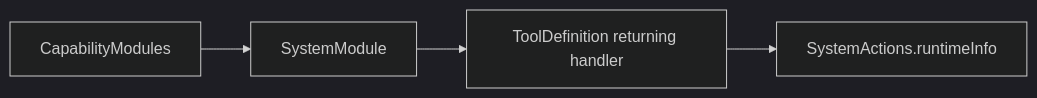
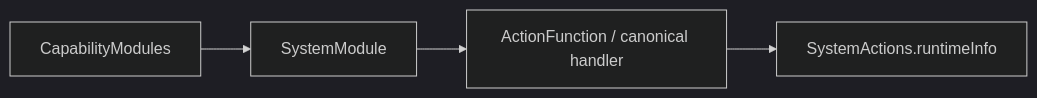
Before and after one commit to devilyouwei/MobileHarness: the diagram in MobileHarness/Actions/System/Support/README.md, drawn with Mermaid (dark theme). The commit also changed other lines of this file and 238 other files, not shown here.

````diff
--- a/MobileHarness/Actions/System/Support/README.md
+++ b/MobileHarness/Actions/System/Support/README.md
@@ -9,6 +7,6 @@
 ```mermaid
 flowchart LR
     Catalog[CapabilityModules] --> Module[SystemModule]
-    Module --> Definition[ToolDefinition returning handler]
-    Definition --> Function[SystemActions.runtimeInfo]
+    Module --> Function[ActionFunction / canonical handler]
+    Function --> Entry[SystemActions.runtimeInfo]
 ```
````
